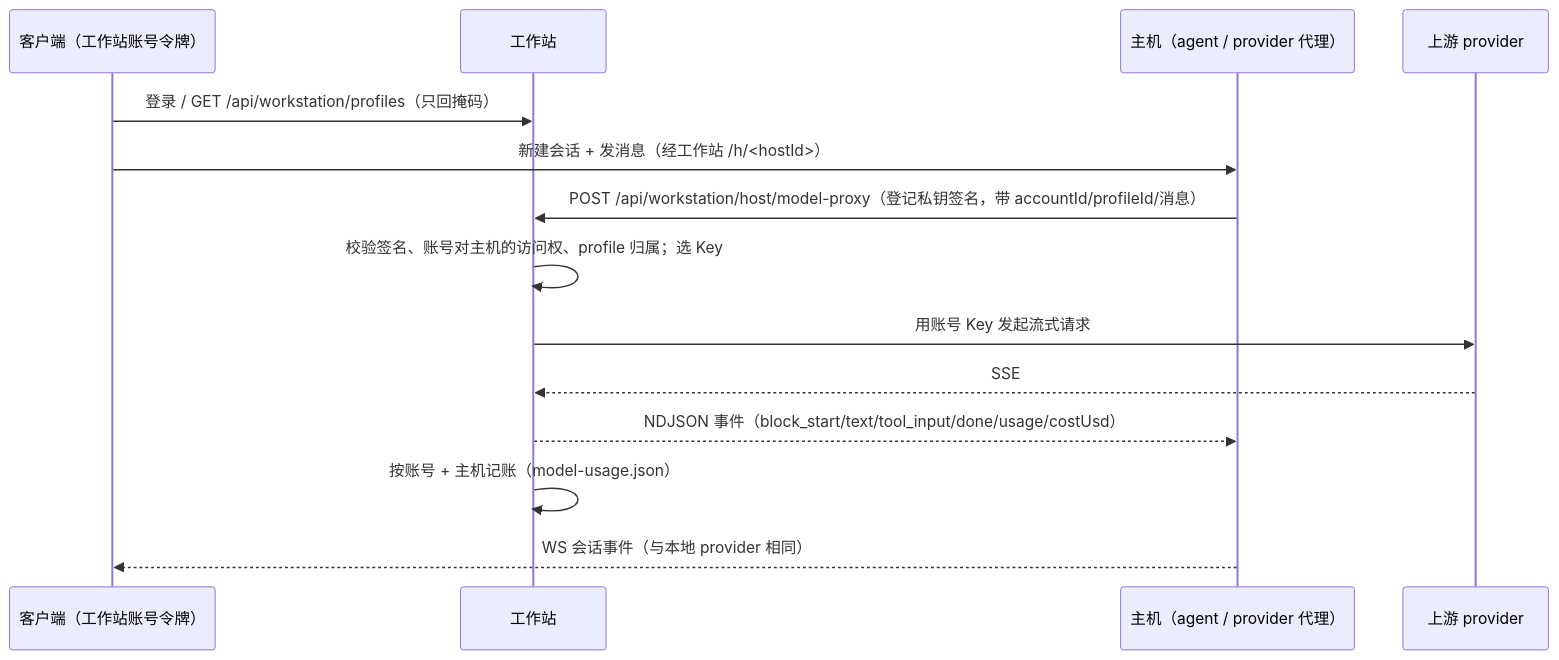
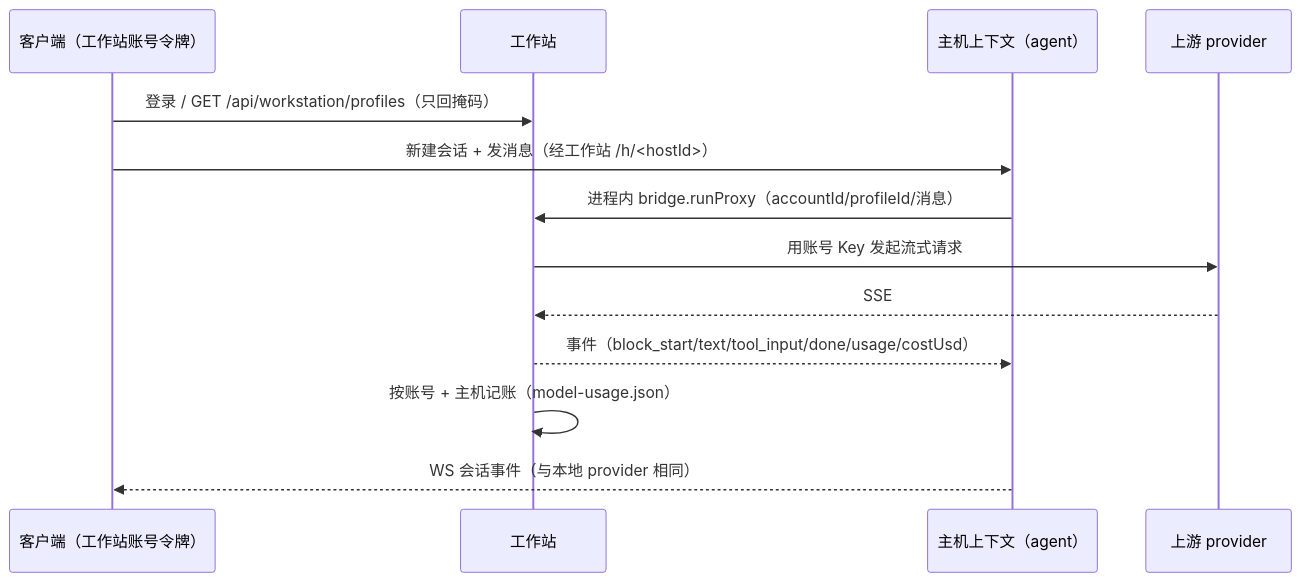
One commit to situNagisa/tandem changed the diagram in docs/architecture.md. Above: the diagram before and after it, drawn with Mermaid. The commit also changed other lines of this file and 17 other files, not shown here.

````diff
--- a/docs/architecture.md
+++ b/docs/architecture.md
@@ -133,17 +133,16 @@
 ```mermaid
 sequenceDiagram
   participant C as 客户端（工作站账号令牌）
   participant W as 工作站
-  participant H as 主机（agent / provider 代理）
+  participant H as 主机上下文（agent）
   participant U as 上游 provider
 
   C->>W: 登录 / GET /api/workstation/profiles（只回掩码）
   C->>H: 新建会话 + 发消息（经工作站 /h/<hostId>）
-  H->>W: POST /api/workstation/host/model-proxy（登记私钥签名，带 accountId/profileId/消息）
-  W->>W: 校验签名、账号对主机的访问权、profile 归属；选 Key
+  H->>W: 进程内 bridge.runProxy（accountId/profileId/消息）
   W->>U: 用账号 Key 发起流式请求
   U-->>W: SSE
-  W-->>H: NDJSON 事件（block_start/text/tool_input/done/usage/costUsd）
+  W-->>H: 事件（block_start/text/tool_input/done/usage/costUsd）
   W->>W: 按账号 + 主机记账（model-usage.json）
   H-->>C: WS 会话事件（与本地 provider 相同）
 ```
````
